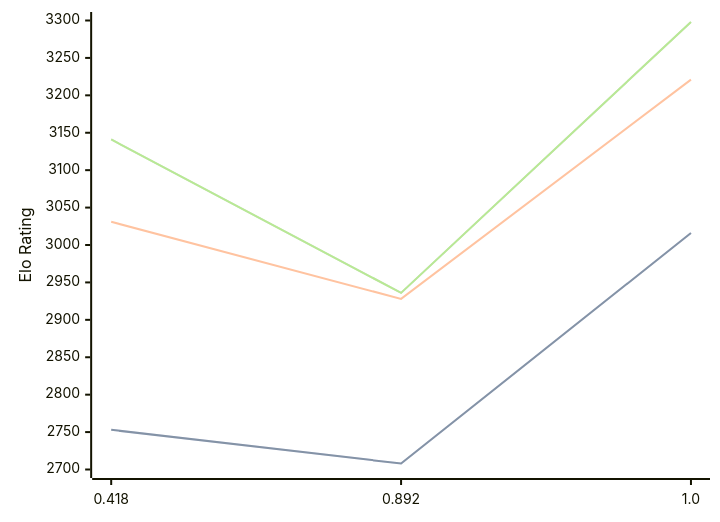
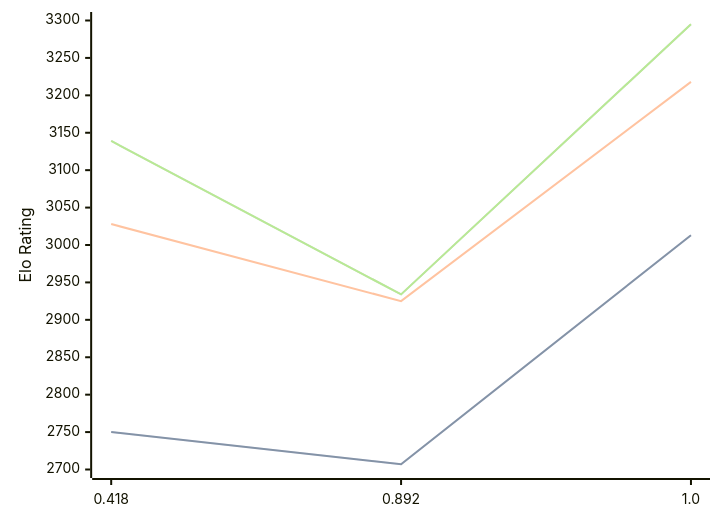
One commit to computer-chess-index/cci changed the diagram in engines/Malika.md. Above: the diagram before and after it, drawn with Mermaid. The commit also changed other lines of this file, not shown here.

Commit message:
Update CCI Ratings (ELO VLTC) - 2026-04-23

````diff
--- a/engines/Malika.md
+++ b/engines/Malika.md
@@ -33,11 +33,11 @@
 ```mermaid
 %%{init: {"theme":"base","themeVariables":{"seriesColors:['#a3a3a3','#222221','#faa371']}}}%%
 xychart-beta
   x-axis ["0.418", "0.892", "1.0"]
   y-axis "Elo Rating" 2700 --> 3300
-  line "STC (8.0+0.08s)" [2753, 2708, 3016]
-  line "STC (8.0+0.08s)" [2753, 2708, 3016]
-  line "LTC (60.0+0.60s)" [3031, 2928, 3221]
-  line "VLTC (2m24s+1.12s)" [3141, 2936, 3298]
-  line "VLTC (2m24s+1.12s)" [3141, 2936, 3298]
+  line "STC (8.0+0.08s)" [2750, 2707, 3013]
+  line "STC (8.0+0.08s)" [2750, 2707, 3013]
+  line "LTC (60.0+0.60s)" [3028, 2925, 3218]
+  line "VLTC (2m24s+1.12s)" [3139, 2934, 3295]
+  line "VLTC (2m24s+1.12s)" [3139, 2934, 3295]
 ```
````
